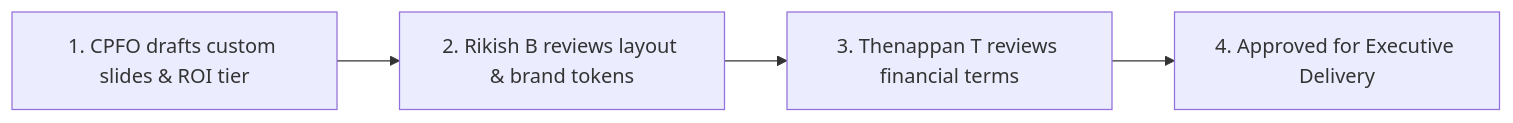
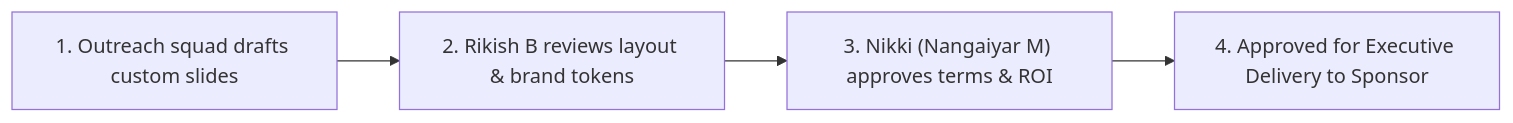
Before and after one commit to MasterZ1311/Kairos: the diagram in teams/01_sponsorship_and_partnerships/pitch_decks/README.md, drawn with Mermaid. The commit also changed other lines of this file and 13 other files, not shown here.

````diff
--- a/teams/01_sponsorship_and_partnerships/pitch_decks/README.md
+++ b/teams/01_sponsorship_and_partnerships/pitch_decks/README.md
@@ -55,6 +55,6 @@
 ```mermaid
 graph LR
-    DRAFT["1. CPFO drafts custom slides & ROI tier"] --> DSGN["2. Rikish B reviews layout & brand tokens"]
-    DSGN --> PRES["3. Thenappan T reviews financial terms"]
-    PRES --> APPR["4. Approved for Executive Delivery"]
+    DRAFT["1. Outreach squad drafts custom slides"] --> DSGN["2. Rikish B reviews layout & brand tokens"]
+    DSGN --> PRES["3. Nikki (Nangaiyar M) approves terms & ROI"]
+    PRES --> APPR["4. Approved for Executive Delivery to Sponsor"]
 ```
````
